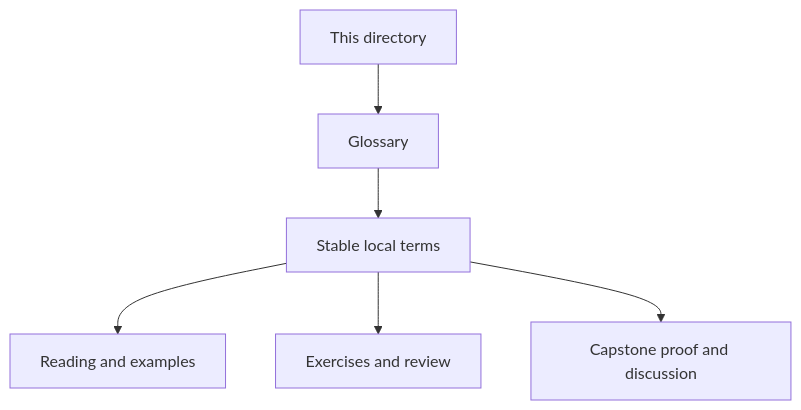
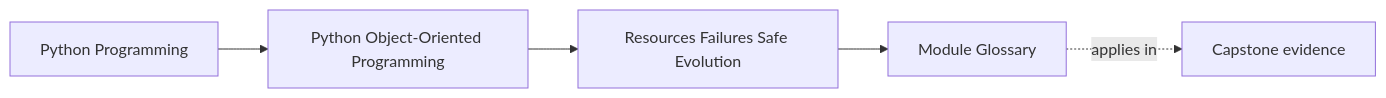
The first of 2 diagrams in programs/python-programming/python-object-oriented-programming/course-book/module-05-resources-failures-safe-evolution/glossary.md (bijux/bijux-masterclass), drawn with Mermaid before and after one commit. The commit also changed other lines of this file and 103 other files, not shown here.

Commit message:
docs(python-object-oriented-programming): map sustainment and capstone surfaces

````diff
--- a/programs/python-programming/python-object-oriented-programming/course-book/module-05-resources-failures-safe-evolution/glossary.md
+++ b/programs/python-programming/python-object-oriented-programming/course-book/module-05-resources-failures-safe-evolution/glossary.md
@@ -6,8 +6,11 @@
 ```mermaid
-flowchart TD
-  directory["This directory"] --> glossary["Glossary"]
-  glossary --> terms["Stable local terms"]
-  terms --> reading["Reading and examples"]
-  terms --> practice["Exercises and review"]
-  terms --> proof["Capstone proof and discussion"]
+graph LR
+  family["Python Programming"]
+  program["Python Object-Oriented Programming"]
+  section["Resources Failures Safe Evolution"]
+  page["Module Glossary"]
+  capstone["Capstone evidence"]
+
+  family --> program --> section --> page
+  page -.applies in.-> capstone
 ```
````
